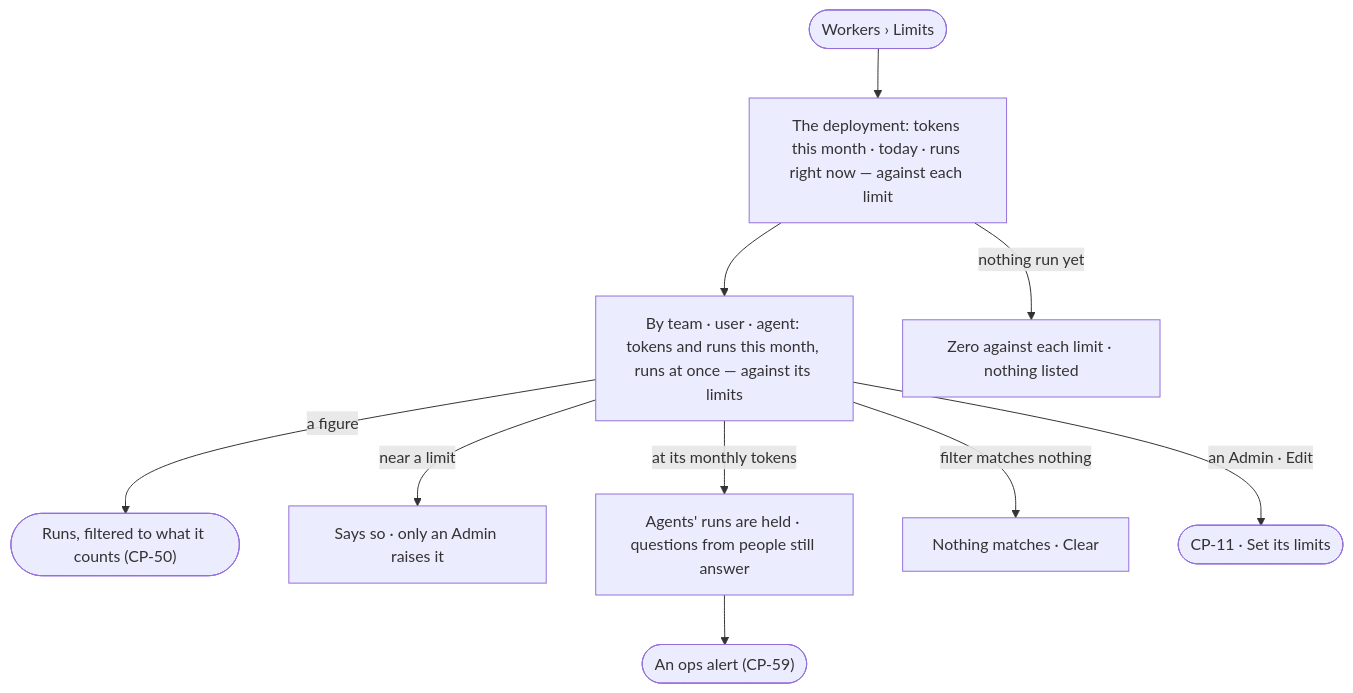
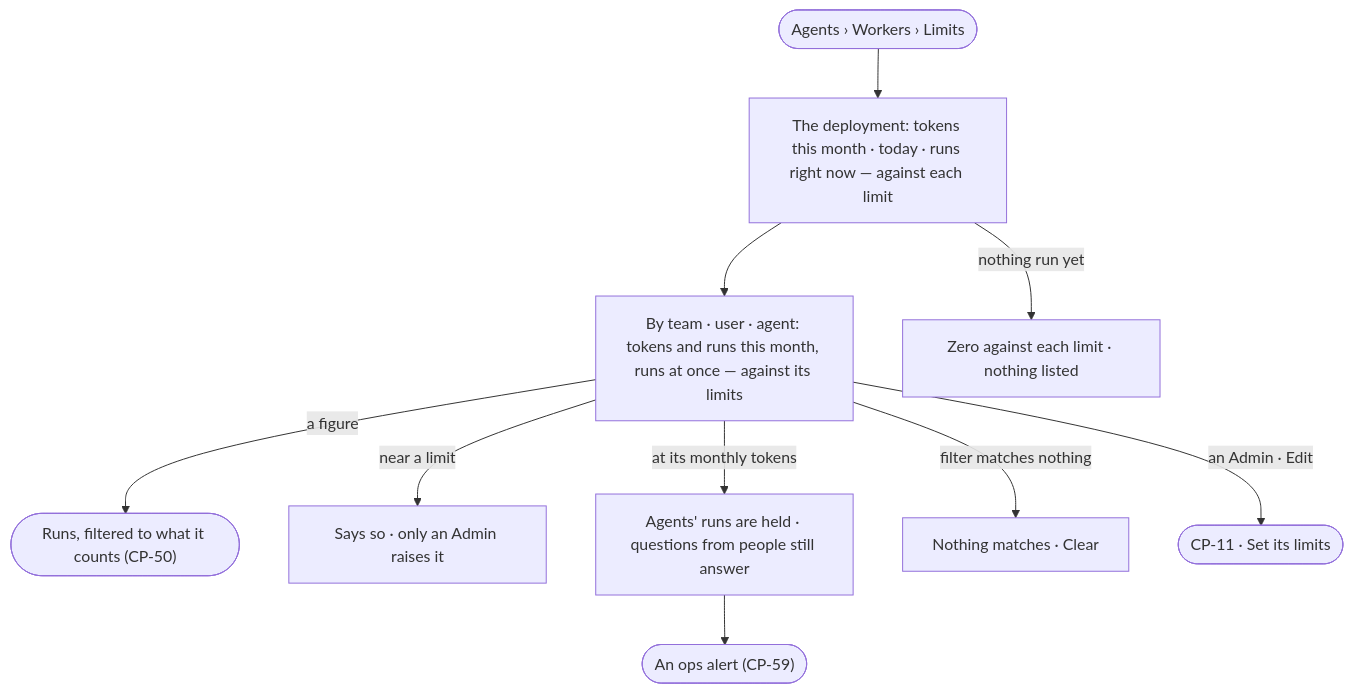
The diagram in specs/os/control/features/CP-F04-limits/stories/CP-34-read-what-each-team-user-and-agent-spends-against-its-limits/story.md (invana/invana), drawn with Mermaid before and after one commit. The commit also changed other lines of this file and 106 other files, not shown here.

````diff
--- a/specs/os/control/features/CP-F04-limits/stories/CP-34-read-what-each-team-user-and-agent-spends-against-its-limits/story.md
+++ b/specs/os/control/features/CP-F04-limits/stories/CP-34-read-what-each-team-user-and-agent-spends-against-its-limits/story.md
@@ -26,12 +26,12 @@
 ```mermaid
 flowchart TD
-  s([Workers › Limits]) --> m["The deployment: tokens this month · today · runs right now — against each limit"]
+  s([Agents › Workers › Limits]) --> m["The deployment: tokens this month · today · runs right now — against each limit"]
   m --> by["By team · user · agent: tokens and runs this month, runs at once — against its limits"]
   by -->|a figure| runs(["Runs, filtered to what it counts (CP-50)"])
   by -->|near a limit| nl["Says so · only an Admin raises it"]
   by -->|at its monthly tokens| at["Agents' runs are held · questions from people still answer"]
   at --> al(["An ops alert (CP-59)"])
   m -->|nothing run yet| z["Zero against each limit · nothing listed"]
   by -->|filter matches nothing| f["Nothing matches · Clear"]
   by -->|an Admin · Edit| lim(["CP-11 · Set its limits"])
 ```
````
